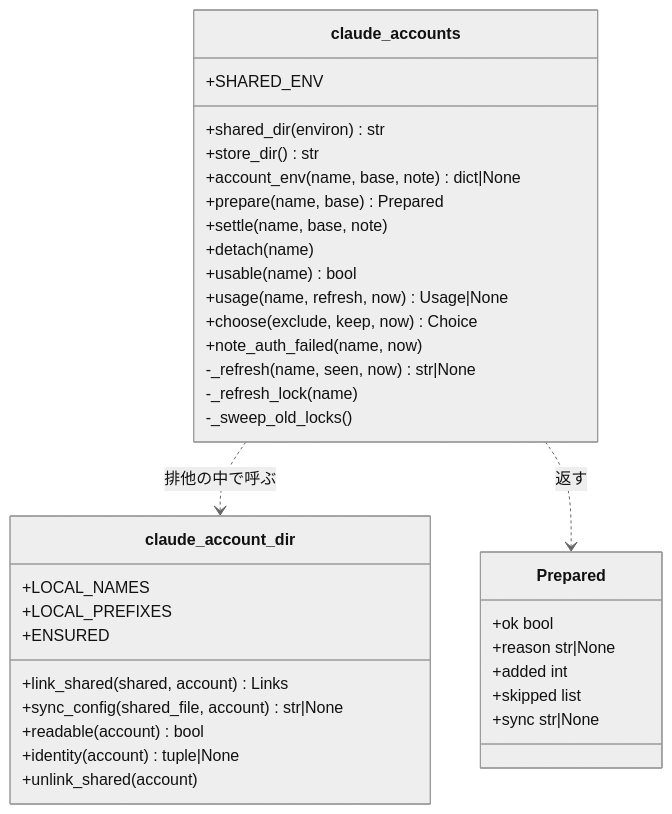
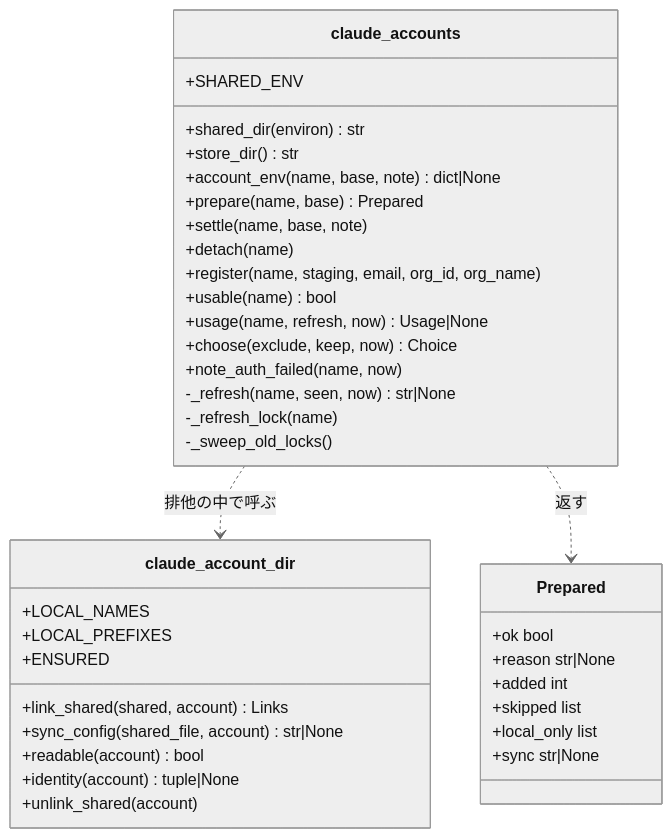
The first of 6 diagrams in issues/issue-1576-design-details.md (devbasex/ai-plugins), drawn with Mermaid (neutral theme) before and after one commit. The commit also changed other lines of this file and 2 other files, not shown here.

````diff
--- a/issues/issue-1576-design-details.md
+++ b/issues/issue-1576-design-details.md
@@ -11,38 +11,40 @@
 ```mermaid
 classDiagram
   class claude_accounts {
     +SHARED_ENV
     +shared_dir(environ) str
     +store_dir() str
     +account_env(name, base, note) dict|None
     +prepare(name, base) Prepared
     +settle(name, base, note)
     +detach(name)
+    +register(name, staging, email, org_id, org_name)
     +usable(name) bool
     +usage(name, refresh, now) Usage|None
     +choose(exclude, keep, now) Choice
     +note_auth_failed(name, now)
     -_refresh(name, seen, now) str|None
     -_refresh_lock(name)
     -_sweep_old_locks()
   }
   class claude_account_dir {
     +LOCAL_NAMES
     +LOCAL_PREFIXES
     +ENSURED
     +link_shared(shared, account) Links
     +sync_config(shared_file, account) str|None
     +readable(account) bool
     +identity(account) tuple|None
     +unlink_shared(account)
   }
   class Prepared {
     +ok bool
     +reason str|None
     +added int
     +skipped list
+    +local_only list
     +sync str|None
   }
   claude_accounts ..> claude_account_dir: 排他の中で呼ぶ
   claude_accounts ..> Prepared: 返す
 ```
````
